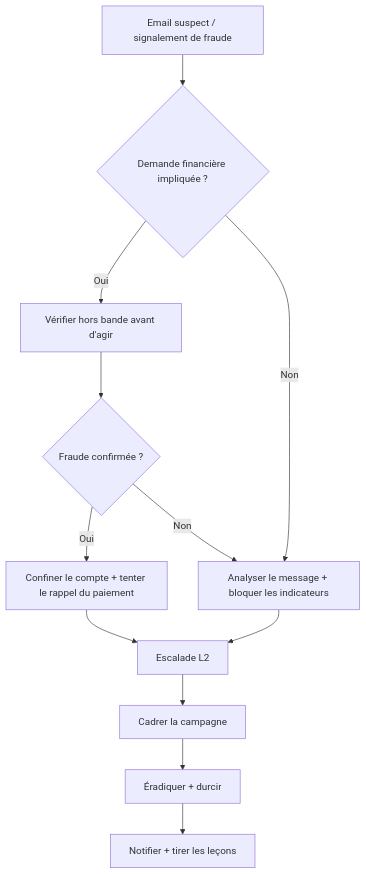
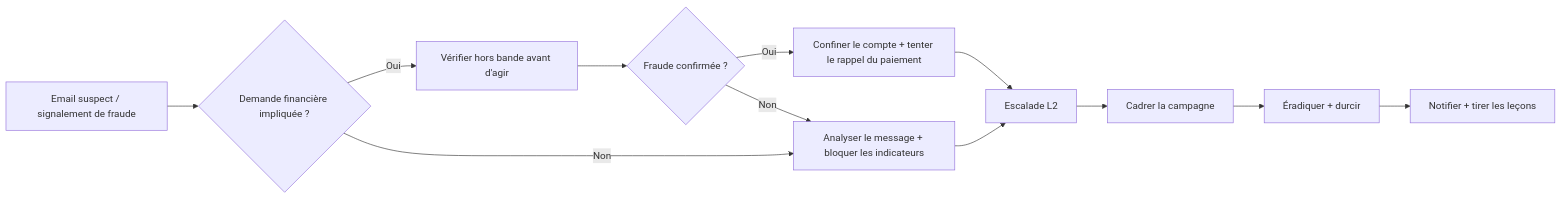
The diagram in docs/fr/runbooks/phishing-bec.md (MiracleDvm/ir-firstline), drawn with Mermaid before and after one commit. The commit also changed other lines of this file and 26 other files, not shown here.

Commit message:
Fix decision-tree diagram sizing/legibility, add PDF export, land tool links -- Convert decision trees to horizontal/collapsible, link cited tools/sources

````diff
--- a/docs/fr/runbooks/phishing-bec.md
+++ b/docs/fr/runbooks/phishing-bec.md
@@ -29,14 +31,14 @@
-```mermaid
-flowchart TD
-    A[Email suspect / signalement de fraude] --> B{Demande financière impliquée ?}
-    B -->|Oui| C[Vérifier hors bande avant d'agir]
-    C --> D{Fraude confirmée ?}
-    D -->|Oui| E[Confiner le compte + tenter le rappel du paiement]
-    B -->|Non| F[Analyser le message + bloquer les indicateurs]
-    D -->|Non| F
-    E --> G[Escalade L2]
-    F --> G
-    G --> H[Cadrer la campagne]
-    H --> I[Éradiquer + durcir]
-    I --> J[Notifier + tirer les leçons]
-```
+    ```mermaid
+    flowchart LR
+        A[Email suspect / signalement de fraude] --> B{Demande financière impliquée ?}
+        B -->|Oui| C[Vérifier hors bande avant d'agir]
+        C --> D{Fraude confirmée ?}
+        D -->|Oui| E[Confiner le compte + tenter le rappel du paiement]
+        B -->|Non| F[Analyser le message + bloquer les indicateurs]
+        D -->|Non| F
+        E --> G[Escalade L2]
+        F --> G
+        G --> H[Cadrer la campagne]
+        H --> I[Éradiquer + durcir]
+        I --> J[Notifier + tirer les leçons]
+    ```
````
